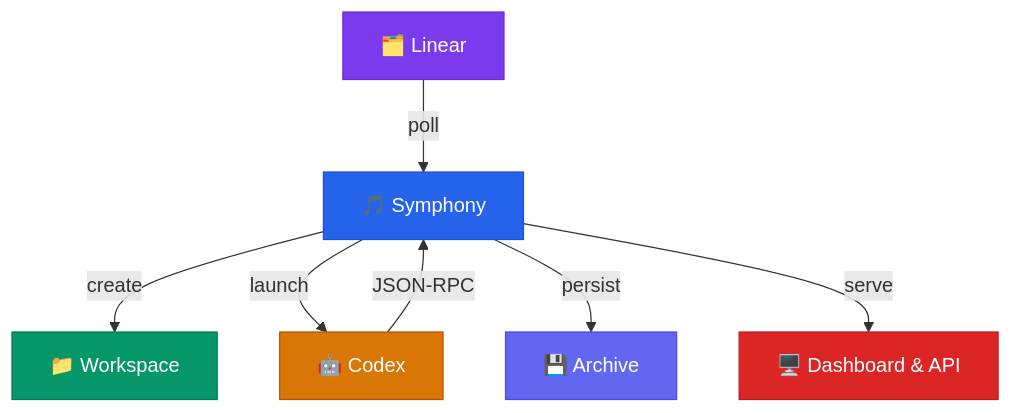
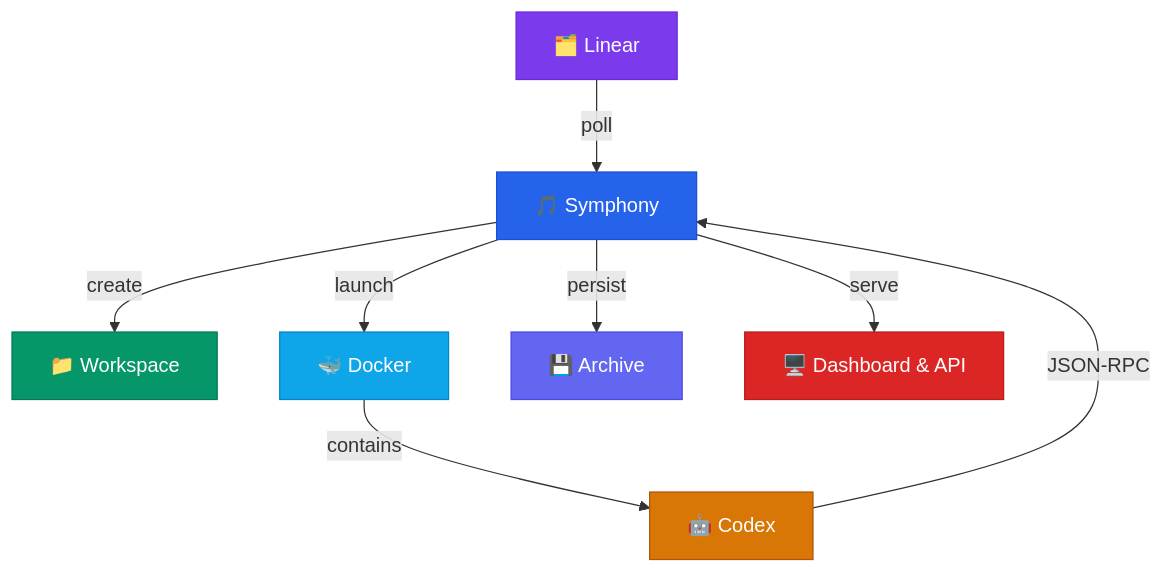
Before and after one commit to OmerFarukOruc/risoluto: the diagram in README.md, drawn with Mermaid. The commit also changed other lines of this file and 66 other files, not shown here.

````diff
--- a/README.md
+++ b/README.md
@@ -29,16 +29,18 @@
 ```mermaid
 flowchart TD
     A["🗂️ Linear"] -->|poll| B["🎵 Symphony"]
     B -->|create| C["📁 Workspace"]
-    B -->|launch| D["🤖 Codex"]
-    D -->|JSON-RPC| B
+    B -->|launch| D["🐳 Docker"]
+    D -->|contains| G["🤖 Codex"]
+    G -->|JSON-RPC| B
     B -->|persist| E["💾 Archive"]
     B -->|serve| F["🖥️ Dashboard & API"]
 
     style A fill:#7c3aed,stroke:#6d28d9,color:#fff
     style B fill:#2563eb,stroke:#1d4ed8,color:#fff
     style C fill:#059669,stroke:#047857,color:#fff
-    style D fill:#d97706,stroke:#b45309,color:#fff
+    style D fill:#0ea5e9,stroke:#0284c7,color:#fff
+    style G fill:#d97706,stroke:#b45309,color:#fff
     style E fill:#6366f1,stroke:#4f46e5,color:#fff
     style F fill:#dc2626,stroke:#b91c1c,color:#fff
 ```
````
